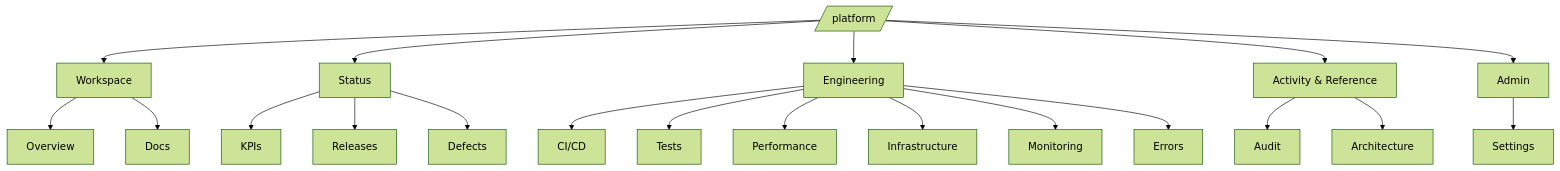
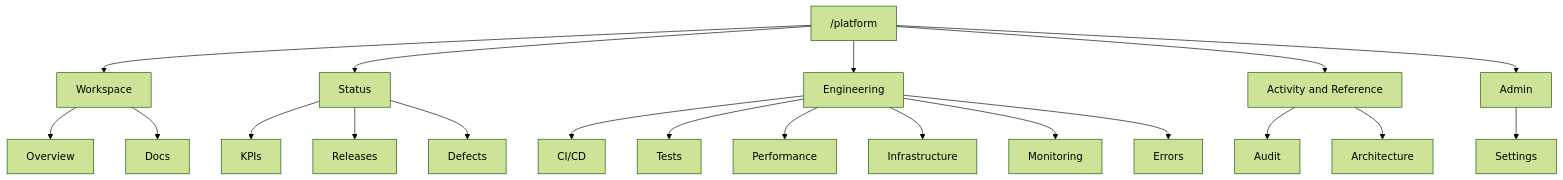
Before and after one commit to tajalagawani/BOQs-master: the second of 4 diagrams in docs/modules/platform-dashboard.md, drawn with Mermaid (forest theme). The commit also changed other lines of this file and 8 other files, not shown here.

First line of the commit message:
fix(docs): mermaid 11 syntax across 18 diagrams in 9 module docs

````diff
--- a/docs/modules/platform-dashboard.md
+++ b/docs/modules/platform-dashboard.md
@@ -127,23 +127,23 @@
 ```mermaid
 graph TD
-  Root[/platform/]
+  Root["/platform"]
   Root --> W[Workspace]
   Root --> St[Status]
   Root --> Eng[Engineering]
-  Root --> AR[Activity & Reference]
+  Root --> AR["Activity and Reference"]
   Root --> Ad[Admin]
   W --> Ov[Overview]
   W --> Dc[Docs]
   St --> Kp[KPIs]
   St --> Rl[Releases]
   St --> Df[Defects]
-  Eng --> Ci[CI/CD]
+  Eng --> Ci["CI/CD"]
   Eng --> Ts[Tests]
   Eng --> Pf[Performance]
   Eng --> Inf[Infrastructure]
   Eng --> Mo[Monitoring]
   Eng --> Er[Errors]
   AR --> Au[Audit]
   AR --> Ar[Architecture]
   Ad --> Se[Settings]
 ```
````
